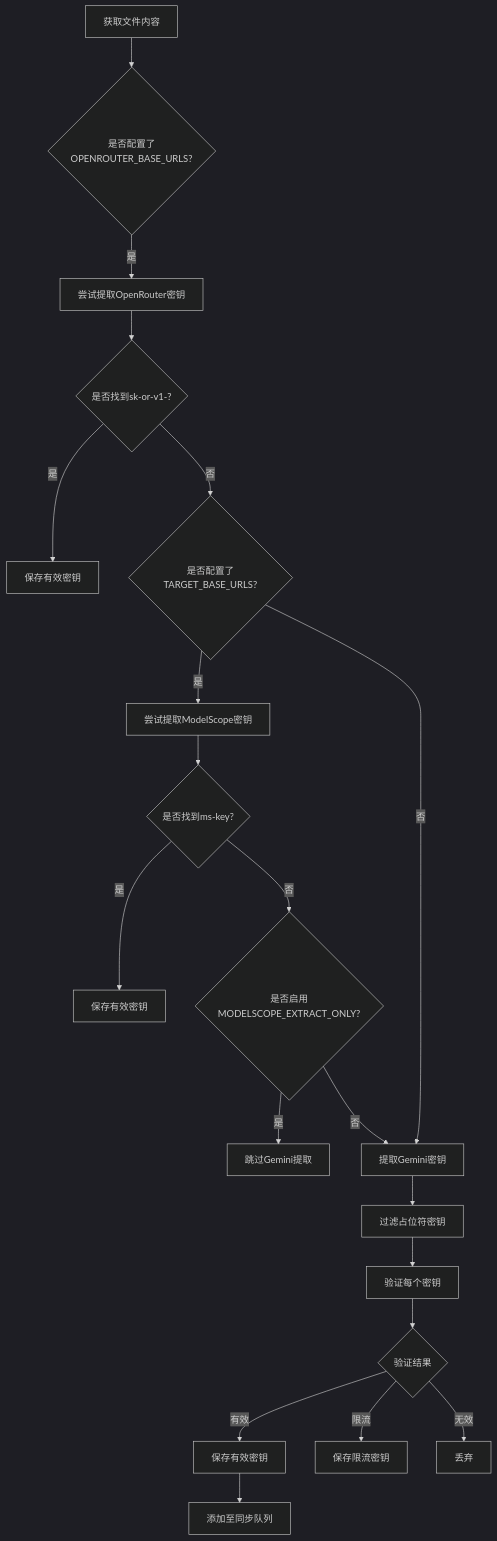
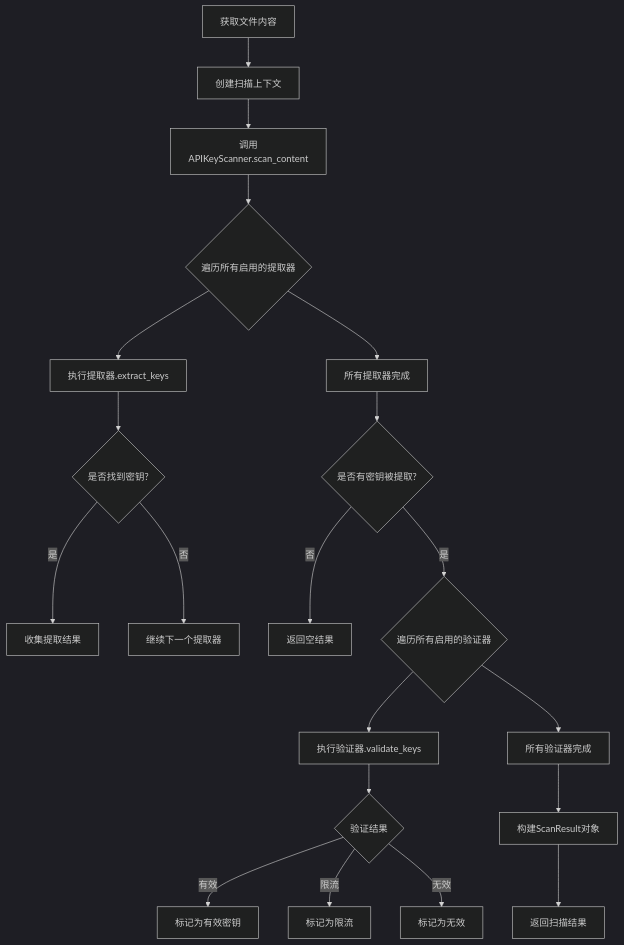
The fifth of 8 diagrams in .qoder/repowiki/zh/content/开发者指南/代码架构与模块设计/主控制器设计.md (james-6-23/APIKEY-king), drawn with Mermaid (dark theme) before and after one commit. The commit also changed other lines of this file and 49 other files, not shown here.

````diff
--- a/.qoder/repowiki/zh/content/开发者指南/代码架构与模块设计/主控制器设计.md
+++ b/.qoder/repowiki/zh/content/开发者指南/代码架构与模块设计/主控制器设计.md
@@ -185,22 +220,22 @@
 ```mermaid
 flowchart TD
-A[获取文件内容] --> B{是否配置了OPENROUTER_BASE_URLS?}
-B --> |是| C[尝试提取OpenRouter密钥]
-C --> D{是否找到sk-or-v1-?}
-D --> |是| E[保存有效密钥]
-D --> |否| F{是否配置了TARGET_BASE_URLS?}
-F --> |是| G[尝试提取ModelScope密钥]
-G --> H{是否找到ms-key?}
-H --> |是| I[保存有效密钥]
-H --> |否| J{是否启用MODELSCOPE_EXTRACT_ONLY?}
-J --> |是| K[跳过Gemini提取]
-J --> |否| L[提取Gemini密钥]
-F --> |否| L
-L --> M[过滤占位符密钥]
-M --> N[验证每个密钥]
-N --> O{验证结果}
-O --> |有效| P[保存有效密钥]
-O --> |限流| Q[保存限流密钥]
-O --> |无效| R[丢弃]
-P --> S[添加至同步队列]
+A[获取文件内容] --> B[创建扫描上下文]
+B --> C[调用APIKeyScanner.scan_content]
+C --> D{遍历所有启用的提取器}
+D --> E[执行提取器.extract_keys]
+E --> F{是否找到密钥?}
+F --> |是| G[收集提取结果]
+F --> |否| H[继续下一个提取器]
+D --> I[所有提取器完成]
+I --> J{是否有密钥被提取?}
+J --> |否| K[返回空结果]
+J --> |是| L{遍历所有启用的验证器}
+L --> M[执行验证器.validate_keys]
+M --> N{验证结果}
+N --> |有效| O[标记为有效密钥]
+N --> |限流| P[标记为限流]
+N --> |无效| Q[标记为无效]
+L --> R[所有验证器完成]
+R --> S[构建ScanResult对象]
+S --> T[返回扫描结果]
 ```
````
